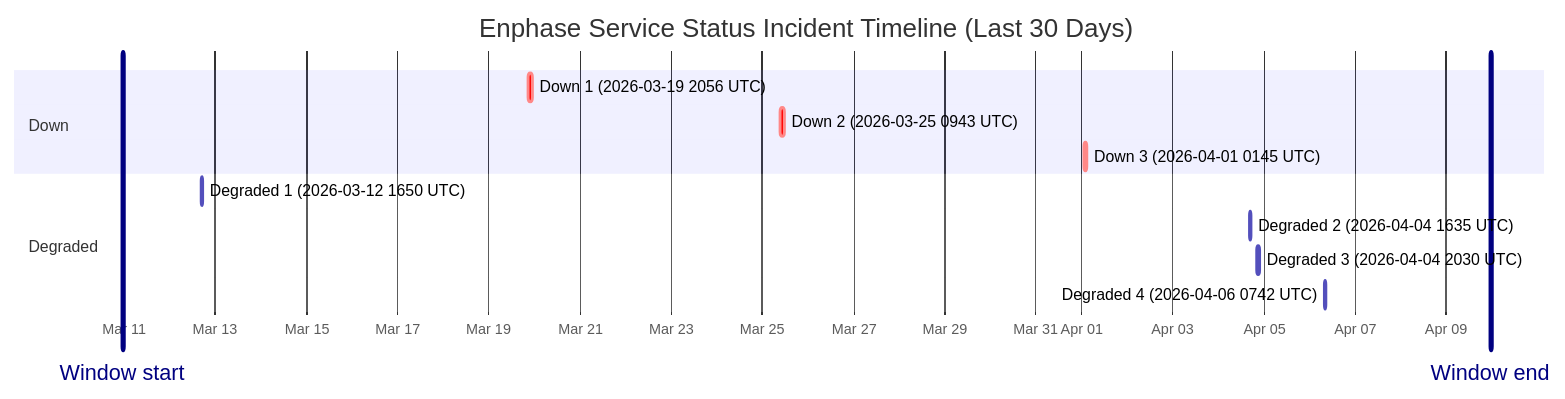
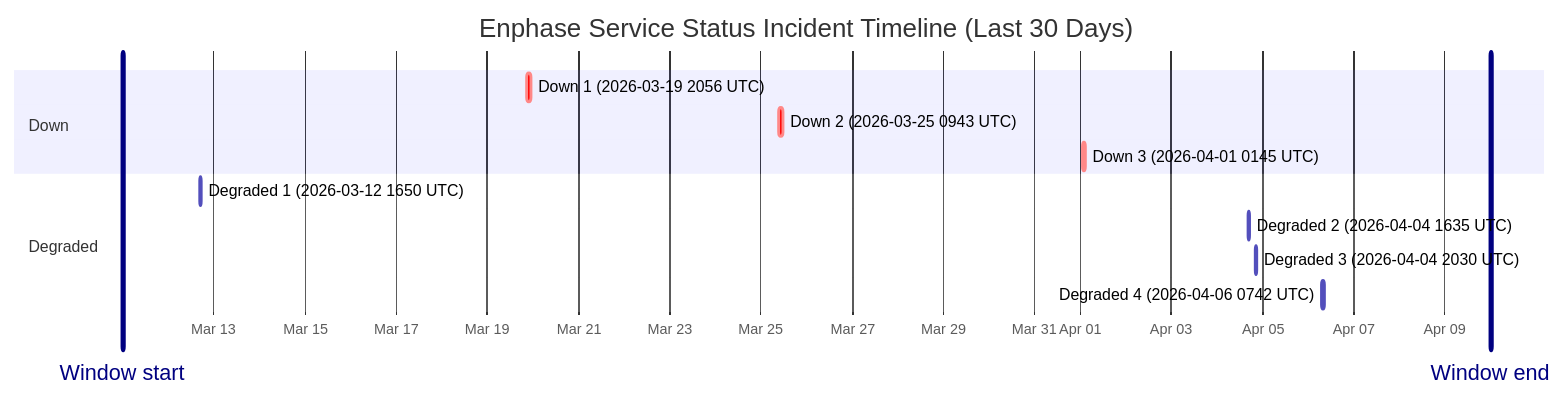
Before and after one commit to barneyonline/ha-enphase-ev-charger: the diagram in wiki/Service-Status-History.md, drawn with Mermaid. The commit also changed other lines of this file and 3 other files, not shown here.

````diff
--- a/wiki/Service-Status-History.md
+++ b/wiki/Service-Status-History.md
@@ -14,17 +14,17 @@
 ```mermaid
 gantt
     title Enphase Service Status Incident Timeline (Last 30 Days)
     dateFormat  YYYY-MM-DDTHH:mm:ss
     axisFormat  %b %d
-    Window start :vert, window-start, 2026-03-10T23:08:38, 0ms
-    Window end :vert, window-end, 2026-04-09T23:08:38, 0ms
+    Window start :vert, window-start, 2026-03-11T00:01:01, 0ms
+    Window end :vert, window-end, 2026-04-10T00:01:01, 0ms
     section Down
     Down 1 (2026-03-19 2056 UTC) :crit, down-1, 2026-03-19T20:56:20, 145m
     Down 2 (2026-03-25 0943 UTC) :crit, down-2, 2026-03-25T09:43:28, 111m
     Down 3 (2026-04-01 0145 UTC) :crit, down-3, 2026-04-01T01:45:09, 60m
     section Degraded
     Degraded 1 (2026-03-12 1650 UTC) :active, degraded-1, 2026-03-12T16:50:43, 60m
     Degraded 2 (2026-04-04 1635 UTC) :active, degraded-2, 2026-04-04T16:35:17, 60m
     Degraded 3 (2026-04-04 2030 UTC) :active, degraded-3, 2026-04-04T20:30:40, 60m
     Degraded 4 (2026-04-06 0742 UTC) :active, degraded-4, 2026-04-06T07:42:09, 85m
 ```
````
